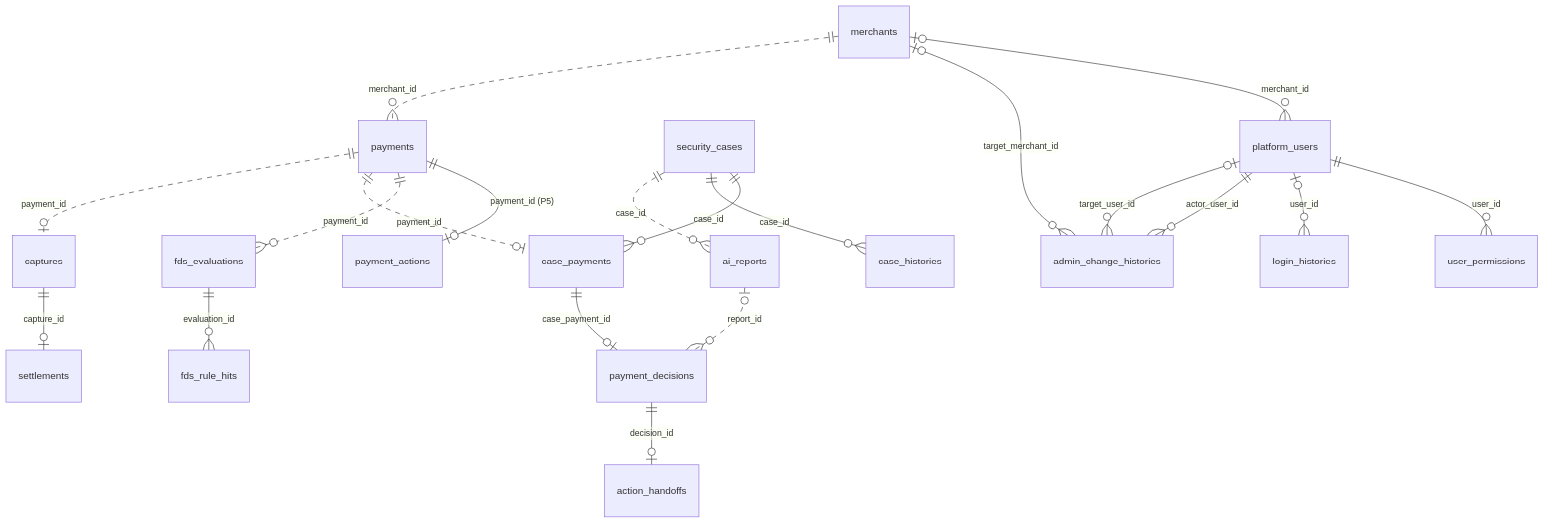
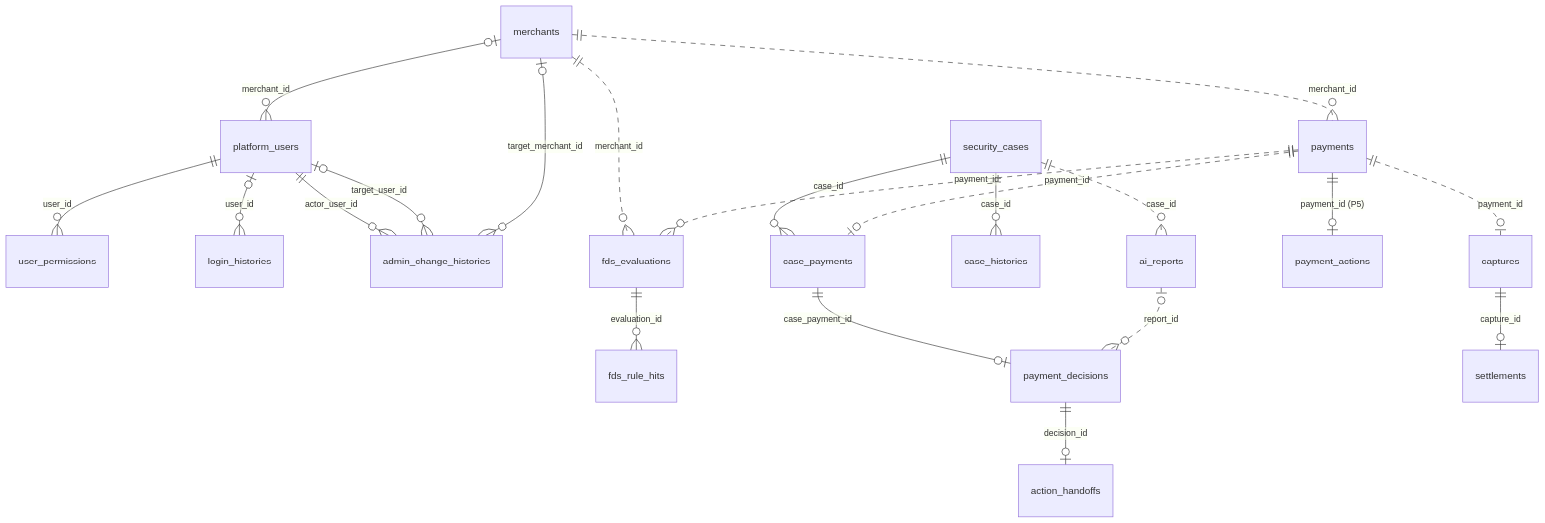
The diagram in docs/erd/README.md (team-sweethan/DonWorry), drawn with Mermaid before and after one commit. The commit also changed other lines of this file and 26 other files, not shown here.

````diff
--- a/docs/erd/README.md
+++ b/docs/erd/README.md
@@ -67,26 +67,27 @@
 ```mermaid
 erDiagram
     merchants |o--o{ platform_users : "merchant_id"
     platform_users ||--o{ user_permissions : "user_id"
     platform_users |o--o{ login_histories : "user_id"
     platform_users ||--o{ admin_change_histories : "actor_user_id"
     platform_users |o--o{ admin_change_histories : "target_user_id"
     merchants |o--o{ admin_change_histories : "target_merchant_id"
 
     fds_evaluations ||--o{ fds_rule_hits : "evaluation_id"
 
     security_cases ||--o{ case_payments : "case_id"
     case_payments ||--o| payment_decisions : "case_payment_id"
     payment_decisions ||--o| action_handoffs : "decision_id"
     security_cases ||--o{ case_histories : "case_id"
 
     captures ||--o| settlements : "capture_id"
 
     merchants ||..o{ payments : "merchant_id"
     payments ||--o| payment_actions : "payment_id (P5)"
+    merchants ||..o{ fds_evaluations : "merchant_id"
     payments ||..o{ fds_evaluations : "payment_id"
     payments ||..o| case_payments : "payment_id"
     security_cases ||..o{ ai_reports : "case_id"
     ai_reports |o..o{ payment_decisions : "report_id"
     payments ||..o| captures : "payment_id"
 ```
````
